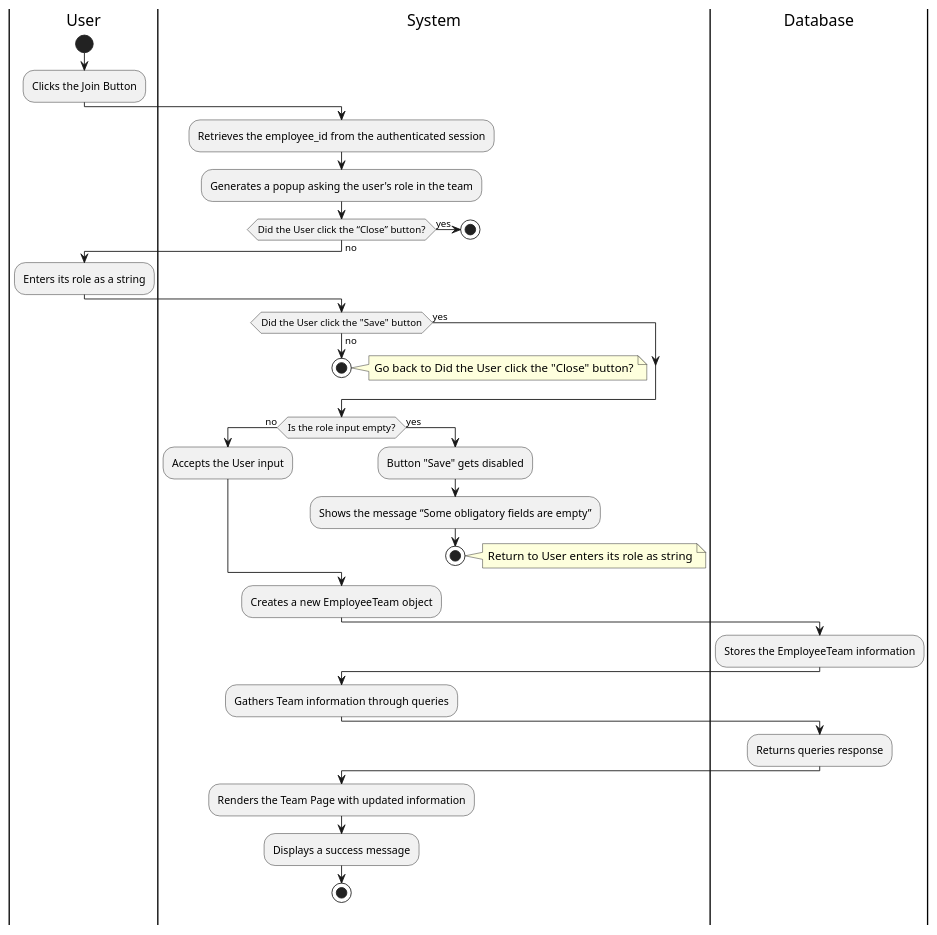
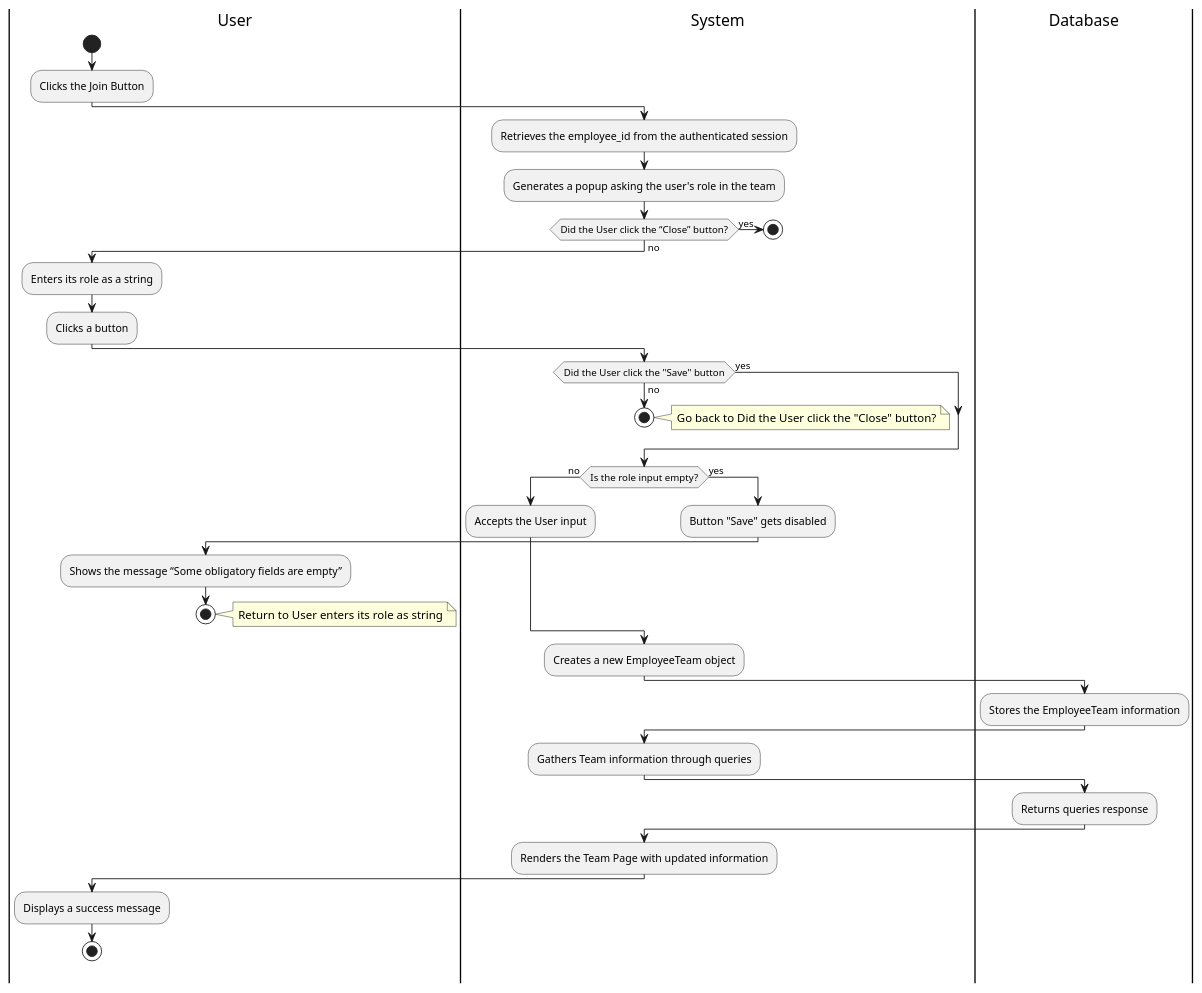
The diagram in documentation/activity_diagrams/TEAM-06-01-ActivityDiagram.puml (Berthou05/LimboSoftwareDevelopment_Change.org), drawn with PlantUML before and after one commit. The commit also changed 14 other files, not shown here.

Commit message:
[DOCS]: Correction of Activity Diagrams. Addition of ADMIN-03, EMP-02, PROJ-11. Naming modifications of ADMIN-04, ADMIN-05 and ADMIN-06.

```diff
--- a/documentation/activity_diagrams/TEAM-06-01-ActivityDiagram.puml
+++ b/documentation/activity_diagrams/TEAM-06-01-ActivityDiagram.puml
@@ -1,51 +1,54 @@
 @startuml
 |User|
 start
 :Clicks the Join Button;
 |System|
 :Retrieves the employee_id from the authenticated session;
 :Generates a popup asking the user's role in the team;
 |System|
 if(Did the User click the “Close” button?) is (yes) then
     stop
 else(no)
     |User|
     :Enters its role as a string;
+    :Clicks a button;
     |System|
     if(Did the User click the "Save" button) is(yes) then
 
     else(no)
         stop
         note right
             Go back to Did the User click the "Close" button?
         end note
     end if
 
     |System|
     if(Is the role input empty?) is (no) then
     |System|
     :Accepts the User input;
 
     else(yes)
     |System|
     :Button "Save" gets disabled;
+    |User|
     :Shows the message “Some obligatory fields are empty”;
-
     stop
     note right
         Return to User enters its role as string
     end note
+|System|
 end if
 
 :Creates a new EmployeeTeam object;
 |Database|
 :Stores the EmployeeTeam information;
 |System|
 :Gathers Team information through queries;
 |Database|
 :Returns queries response;
 |System|
 :Renders the Team Page with updated information;
+|User|
 :Displays a success message;
 stop
 @enduml
```
